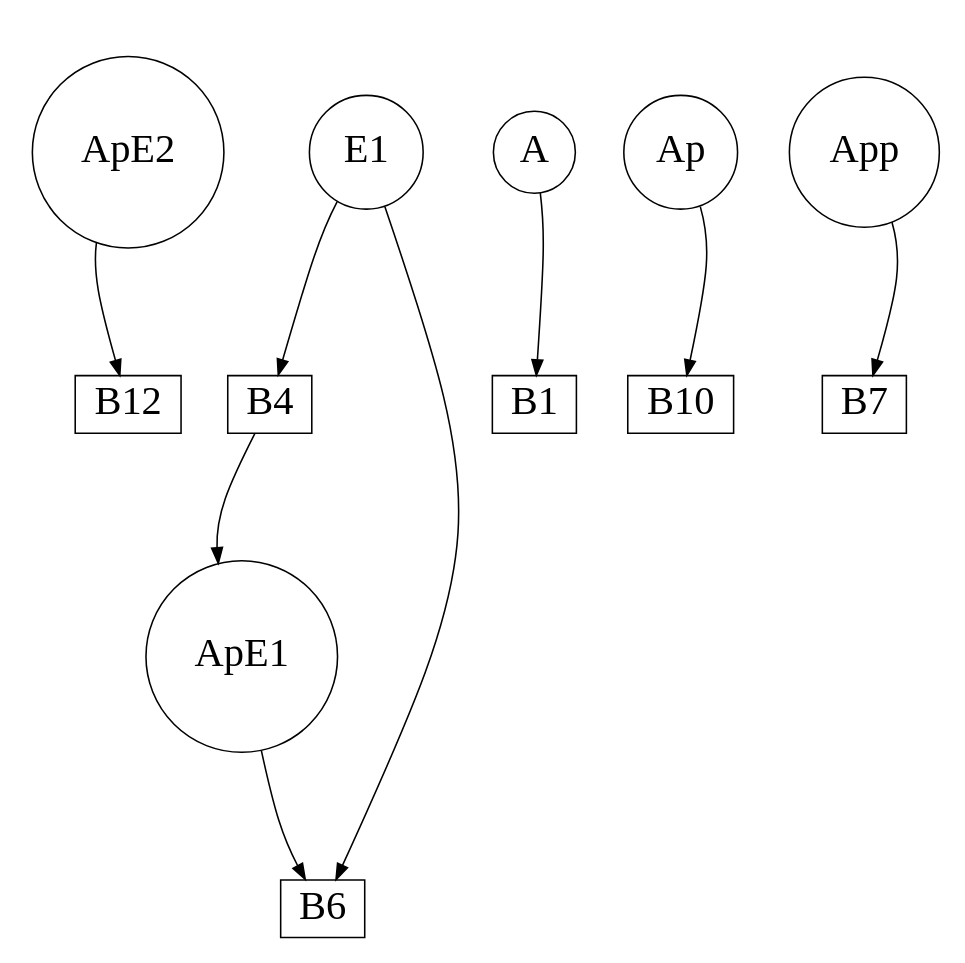
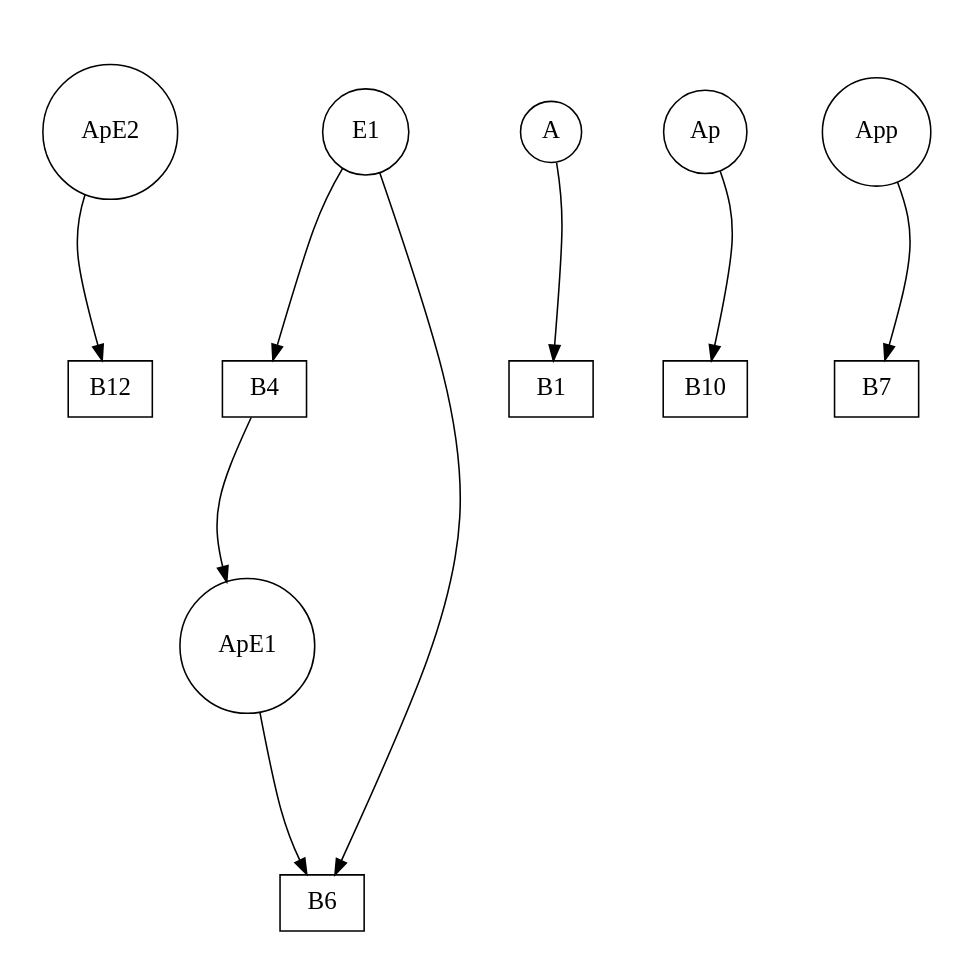
Before and after one commit to gratelpy/gratelpy-supplementary-information: the diagram in single_layer_mapk_system/order_6/single_layer_mapk_mechanism_order_6_frag_0_sg_2.dot, drawn with Graphviz. The commit also changed 77 other files, not shown here.

```diff
--- a/single_layer_mapk_system/order_6/single_layer_mapk_mechanism_order_6_frag_0_sg_2.dot
+++ b/single_layer_mapk_system/order_6/single_layer_mapk_mechanism_order_6_frag_0_sg_2.dot
@@ -1,27 +1,27 @@
 strict digraph G {
 remincross="true";
 ratio="fill";
 splines="curved";
 overlap="true";
 size="8.3,8.3";
-ApE2 [shape="circle", fontsize=26, pos="50.0,80.0!"];
-E1 [shape="circle", fontsize=26, pos="160.0,200.0!"];
-A [shape="circle", fontsize=26, pos="0.0,120.0!"];
-B12 [shape="box", fontsize=26, pos="0.0,60.0!"];
-ApE1 [shape="circle", fontsize=26, pos="260.0,128.0!"];
-B10 [shape="box", fontsize=26, pos="110.0,90.0!"];
-B7 [shape="box", fontsize=26, pos="300.0,90.0!"];
-B6 [shape="box", fontsize=26, pos="320.0,160.0!"];
-B4 [shape="box", fontsize=26, pos="220.0,170.0!"];
-B1 [shape="box", fontsize=26, pos="0.0,200.0!"];
-App [shape="circle", fontsize=26, pos="320.0,120.0!"];
-Ap [shape="circle", fontsize=26, pos="160.0,160.0!"];
+ApE2 [shape="circle", fontsize=16, pos="50.0,80.0!"];
+E1 [shape="circle", fontsize=16, pos="160.0,200.0!"];
+A [shape="circle", fontsize=16, pos="0.0,120.0!"];
+B12 [shape="box", fontsize=16, pos="0.0,60.0!"];
+ApE1 [shape="circle", fontsize=16, pos="260.0,128.0!"];
+B10 [shape="box", fontsize=16, pos="110.0,90.0!"];
+B7 [shape="box", fontsize=16, pos="300.0,90.0!"];
+B6 [shape="box", fontsize=16, pos="320.0,160.0!"];
+B4 [shape="box", fontsize=16, pos="220.0,170.0!"];
+B1 [shape="box", fontsize=16, pos="0.0,200.0!"];
+App [shape="circle", fontsize=16, pos="320.0,120.0!"];
+Ap [shape="circle", fontsize=16, pos="160.0,160.0!"];
 ApE1 -> B6;
 A -> B1;
 B6 -> E1;
 B4 -> ApE1;
 ApE2 -> B12;
 App -> B7;
 E1 -> B4;
 Ap -> B10;
 }
```
